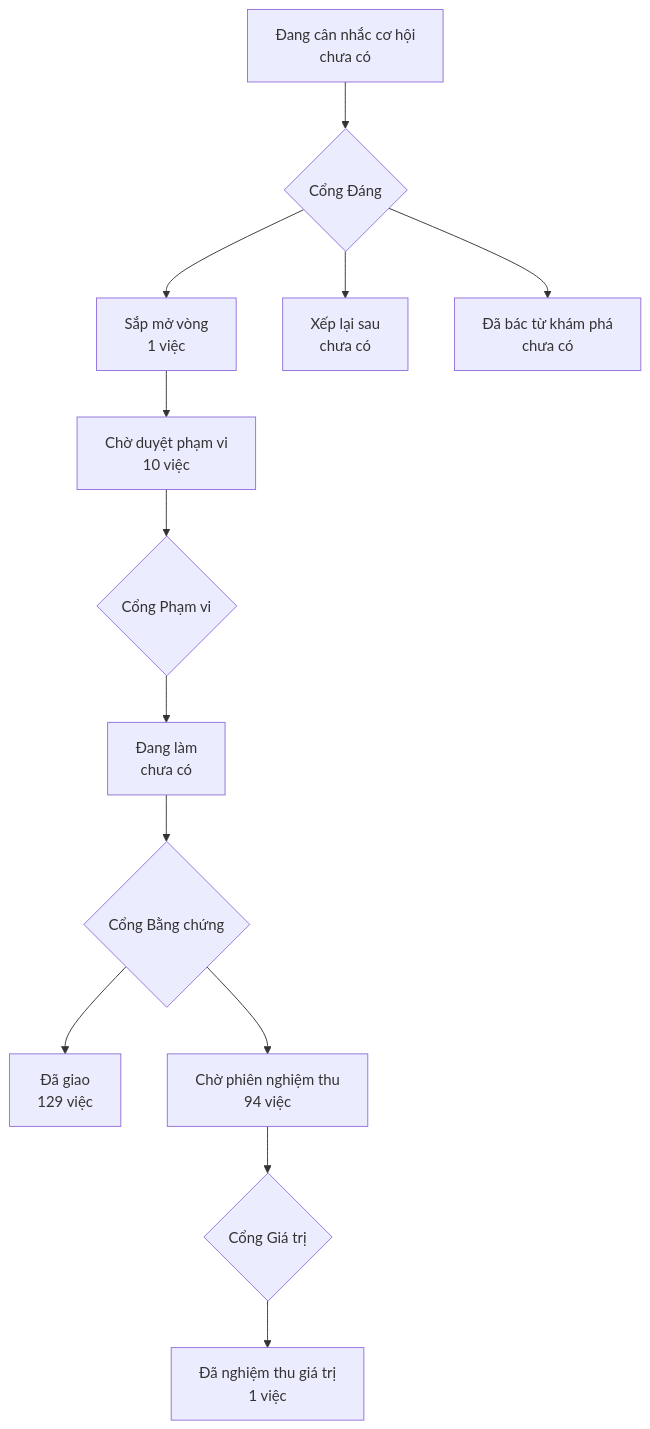
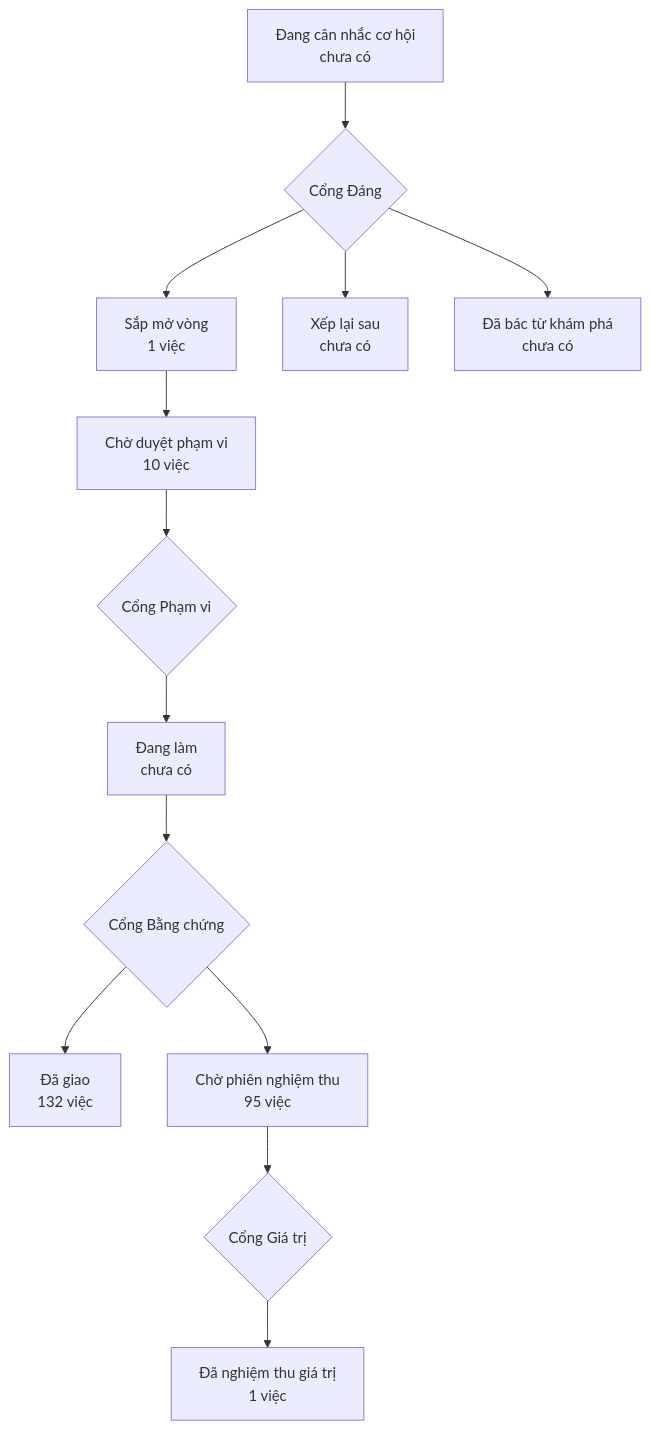
One commit to phanlemanh/onehub-invest changed the diagram in PRODUCT-MAP.md. Above: the diagram before and after it, drawn with Mermaid. The commit also changed other lines of this file and 1 other file, not shown here.

Commit message:
chore(acceptance): vẽ lại bản đồ sau khi gộp nhánh #294

````diff
--- a/PRODUCT-MAP.md
+++ b/PRODUCT-MAP.md
@@ -7,12 +7,12 @@
 ```mermaid
 flowchart TD
   A["Đang cân nhắc cơ hội<br/>chưa có"] --> GD{"Cổng Đáng"}
   GD --> B["Sắp mở vòng<br/>1 việc"]
   GD --> XL["Xếp lại sau<br/>chưa có"]
   GD --> DB["Đã bác từ khám phá<br/>chưa có"]
   B --> CD["Chờ duyệt phạm vi<br/>10 việc"] --> GP{"Cổng Phạm vi"}
   GP --> DL["Đang làm<br/>chưa có"] --> GB{"Cổng Bằng chứng"}
-  GB --> DG["Đã giao<br/>129 việc"]
-  GB --> CN["Chờ phiên nghiệm thu<br/>94 việc"] --> GG{"Cổng Giá trị"}
+  GB --> DG["Đã giao<br/>132 việc"]
+  GB --> CN["Chờ phiên nghiệm thu<br/>95 việc"] --> GG{"Cổng Giá trị"}
   GG --> NT["Đã nghiệm thu giá trị<br/>1 việc"]
 ```
````
